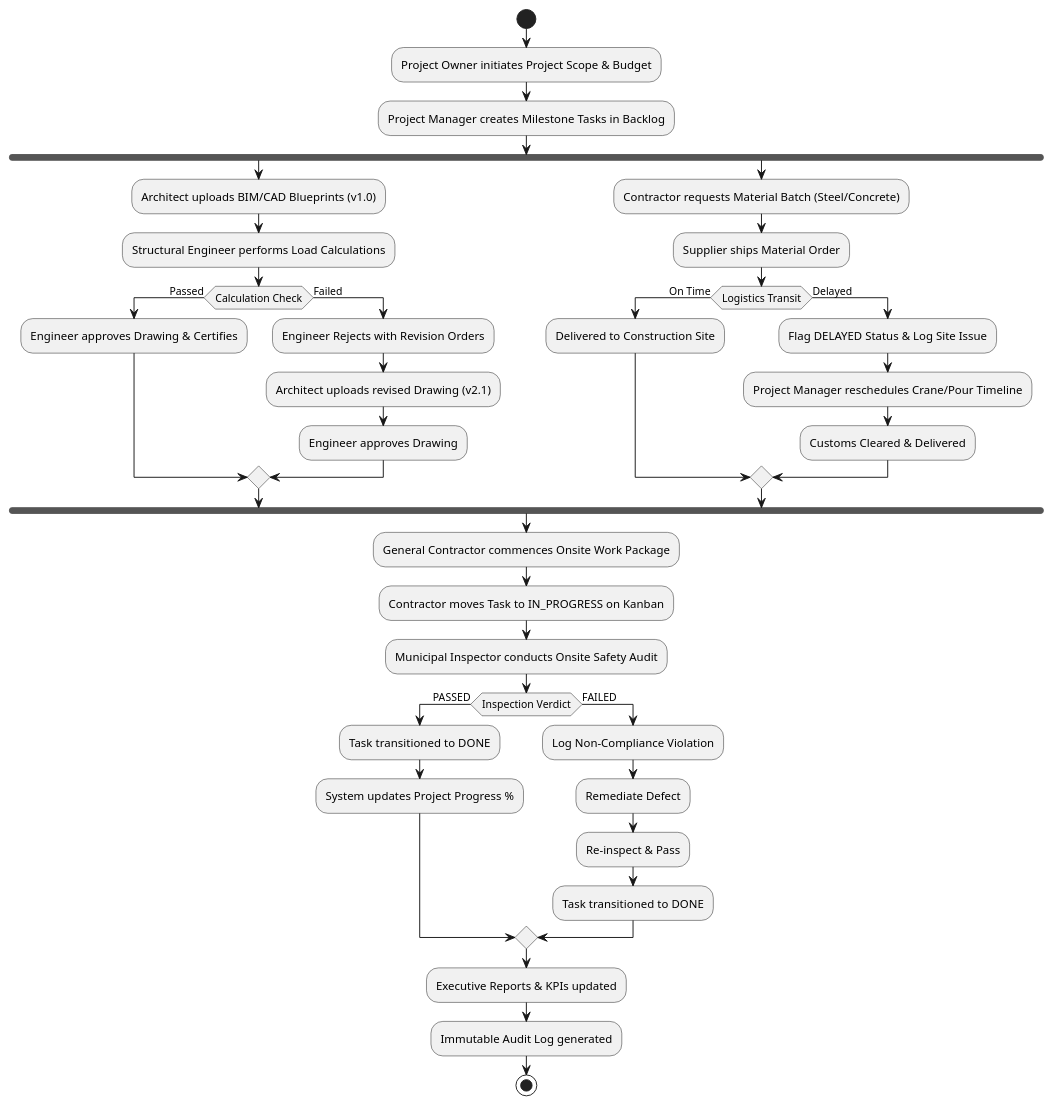
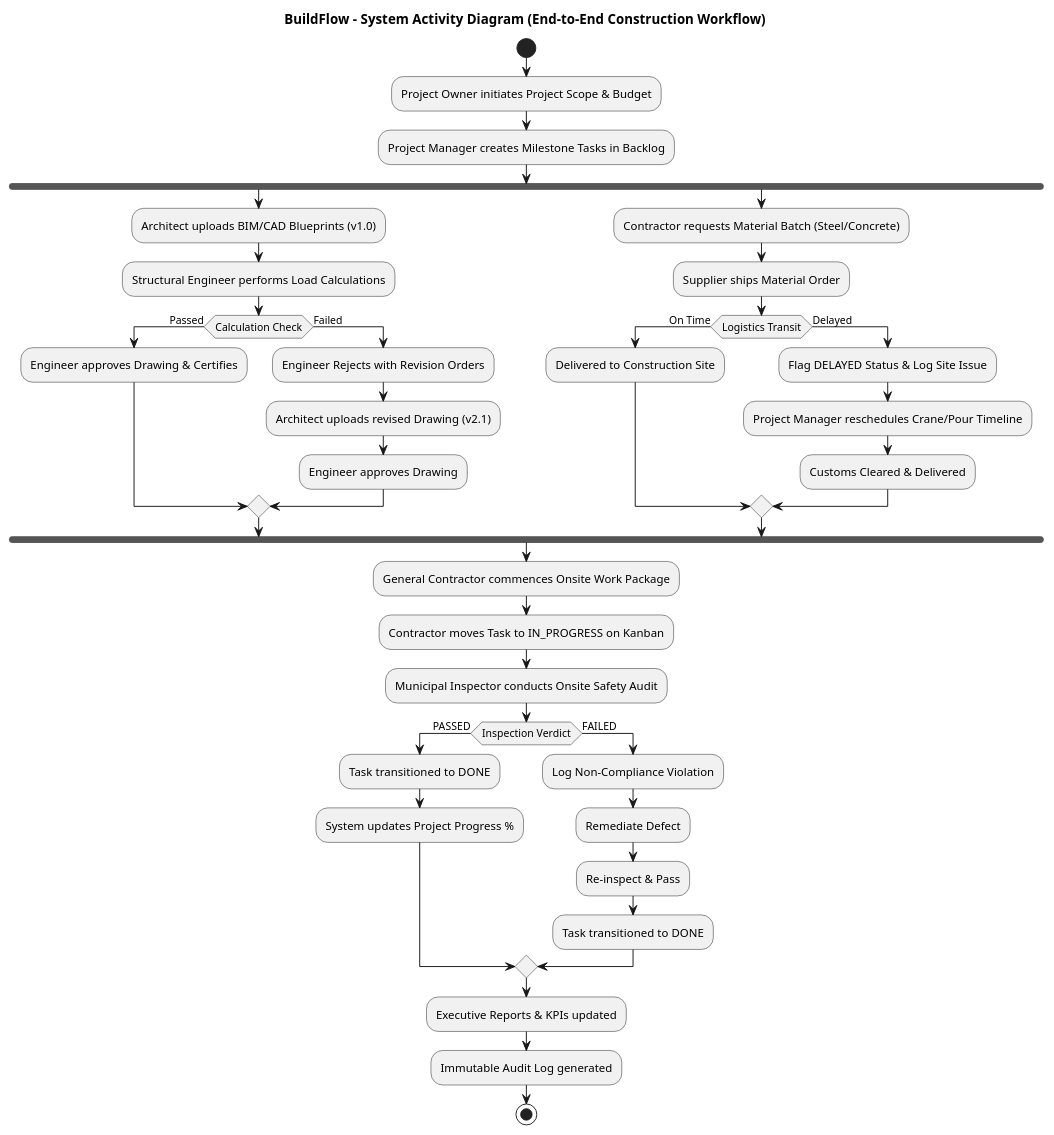
The diagram in docs/uml/activity_diagram.puml (Shaunakrane914/BuildFlow), drawn with PlantUML before and after one commit. The commit also changed 8 other files, not shown here.

Commit message:
style(uml): add explicit title headings to all 9 PlantUML diagram files

```diff
--- a/docs/uml/activity_diagram.puml
+++ b/docs/uml/activity_diagram.puml
@@ -1,47 +1,48 @@
 @startuml BuildFlow_Activity_Diagram
+title BuildFlow - System Activity Diagram (End-to-End Construction Workflow)
 start
 
 :Project Owner initiates Project Scope & Budget;
 :Project Manager creates Milestone Tasks in Backlog;
 
 fork
   :Architect uploads BIM/CAD Blueprints (v1.0);
   :Structural Engineer performs Load Calculations;
   if (Calculation Check) then (Passed)
     :Engineer approves Drawing & Certifies;
   else (Failed)
     :Engineer Rejects with Revision Orders;
     :Architect uploads revised Drawing (v2.1);
     :Engineer approves Drawing;
   endif
 fork again
   :Contractor requests Material Batch (Steel/Concrete);
   :Supplier ships Material Order;
   if (Logistics Transit) then (On Time)
     :Delivered to Construction Site;
   else (Delayed)
     :Flag DELAYED Status & Log Site Issue;
     :Project Manager reschedules Crane/Pour Timeline;
     :Customs Cleared & Delivered;
   endif
 end fork
 
 :General Contractor commences Onsite Work Package;
 :Contractor moves Task to IN_PROGRESS on Kanban;
 :Municipal Inspector conducts Onsite Safety Audit;
 
 if (Inspection Verdict) then (PASSED)
   :Task transitioned to DONE;
   :System updates Project Progress %;
 else (FAILED)
   :Log Non-Compliance Violation;
   :Remediate Defect;
   :Re-inspect & Pass;
   :Task transitioned to DONE;
 endif
 
 :Executive Reports & KPIs updated;
 :Immutable Audit Log generated;
 
 stop
 @enduml
```
